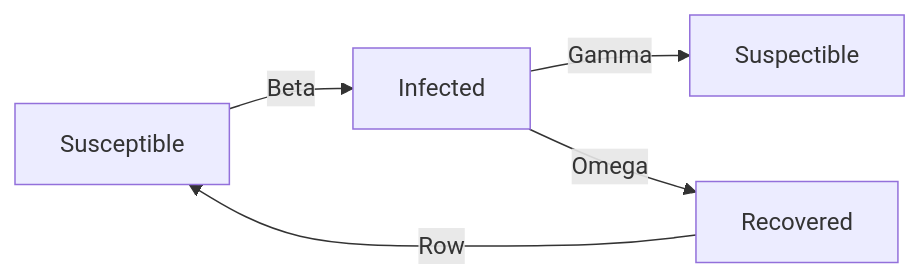
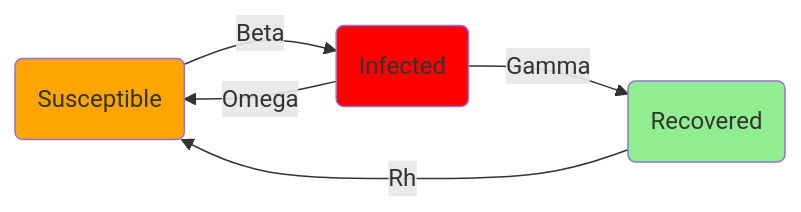
The third of 3 diagrams in content/posts/sir_model/index.md (diabolical-ninja/yeltahir.com), drawn with Mermaid before and after one commit. The commit also changed other lines of this file, not shown here.

Commit message:
Add colours & correct spelling in flowcharts

```diff
--- a/content/posts/sir_model/index.md
+++ b/content/posts/sir_model/index.md
@@ -210,7 +216,10 @@
 {{< mermaid >}}
 graph LR;
-    Susceptible --Beta--> Infected
-    Infected --Gamma--> Suspectible
-    Infected --Omega--> Recovered
-    Recovered --Row--> Susceptible
+    S(Susceptible) --Beta--> I(Infected)
+    I --Gamma--> R(Recovered)
+    I --Omega--> S
+    R --Rho--> S
+    style S fill:orange
+    style I fill:red
+    style R fill:lightgreen
 {{< /mermaid >}}
```
